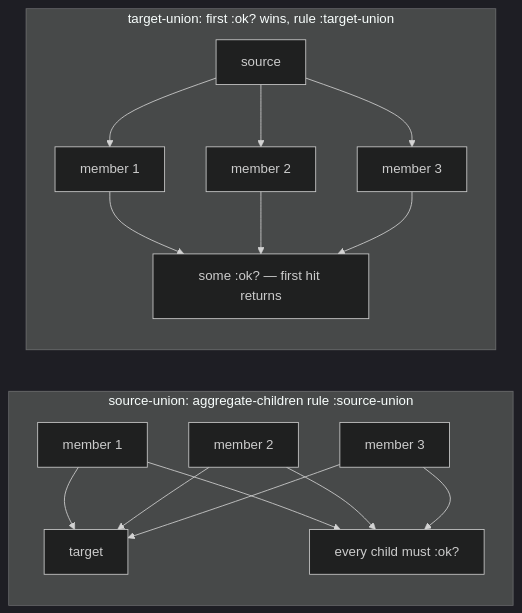
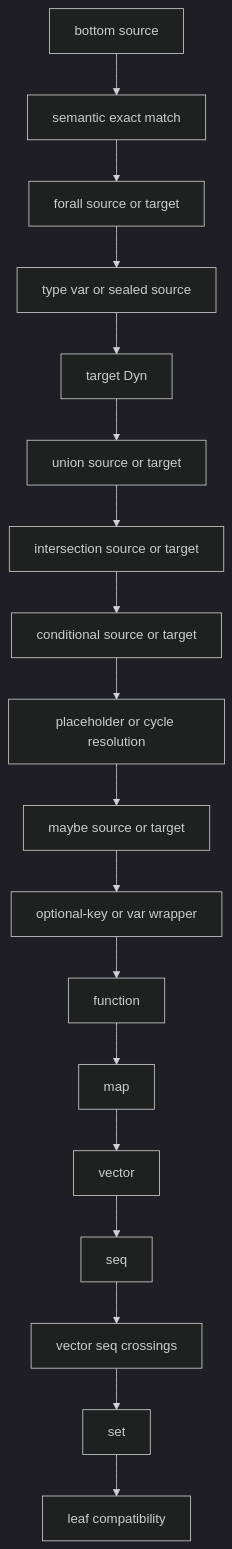
The first of 2 diagrams in skeptic/docs/walkthrough/09-cast-dispatch.md (nomicflux/skeptic), drawn with Mermaid (dark theme) before and after one commit. The commit also changed other lines of this file and 12 other files, not shown here.

````diff
--- a/skeptic/docs/walkthrough/09-cast-dispatch.md
+++ b/skeptic/docs/walkthrough/09-cast-dispatch.md
@@ -465,21 +67,20 @@
 ```mermaid
-flowchart LR
-  subgraph srcU [source-union: aggregate-children rule :source-union]
-    s1[member 1] --> s_t[target]
-    s2[member 2] --> s_t
-    s3[member 3] --> s_t
-    s_agg[every child must :ok?]
-    s1 --> s_agg
-    s2 --> s_agg
-    s3 --> s_agg
-  end
-  subgraph tgtU [target-union: first :ok? wins, rule :target-union]
-    src2[source] --> t1[member 1]
-    src2 --> t2[member 2]
-    src2 --> t3[member 3]
-    t_agg[some :ok? — first hit returns]
-    t1 --> t_agg
-    t2 --> t_agg
-    t3 --> t_agg
-  end
+flowchart TD
+  bottom[bottom source] --> exact[semantic exact match]
+  exact --> quantified[forall source or target]
+  quantified --> abstract[type var or sealed source]
+  abstract --> dyn[target Dyn]
+  dyn --> union[union source or target]
+  union --> intersection[intersection source or target]
+  intersection --> conditional[conditional source or target]
+  conditional --> refs[placeholder or cycle resolution]
+  refs --> maybe[maybe source or target]
+  maybe --> wrappers[optional-key or var wrapper]
+  wrappers --> fun[function]
+  fun --> map[map]
+  map --> vector[vector]
+  vector --> seq[seq]
+  seq --> cross[vector seq crossings]
+  cross --> set[set]
+  set --> leaf[leaf compatibility]
 ```
````
